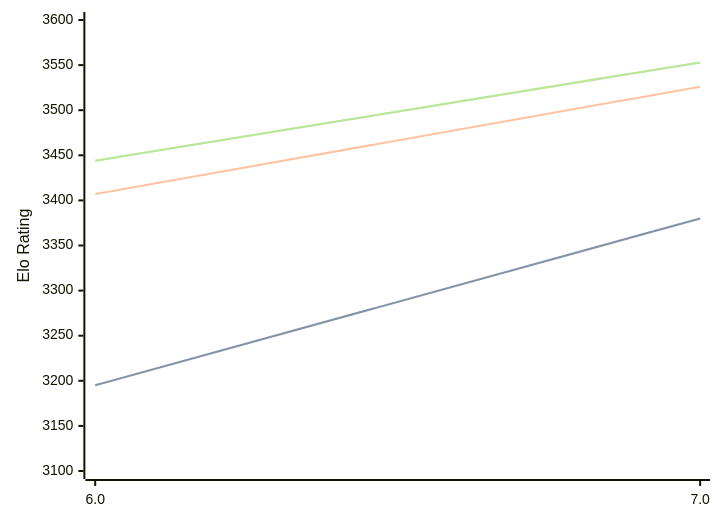
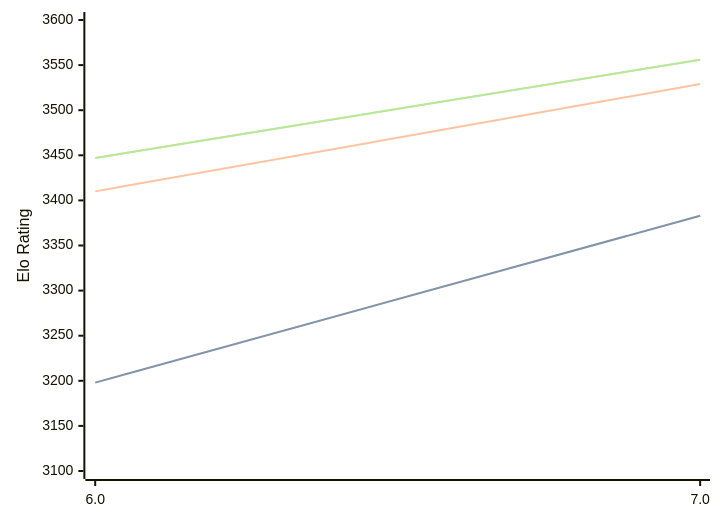
The diagram in engines/Devre.md (computer-chess-index/cci), drawn with Mermaid before and after one commit. The commit also changed other lines of this file, not shown here.

Commit message:
Update CCI Ratings (ELO VLTC) - 2026-09-24

````diff
--- a/engines/Devre.md
+++ b/engines/Devre.md
@@ -32,11 +32,11 @@
 ```mermaid
 %%{init: {"theme":"base","themeVariables":{"seriesColors:['#a3a3a3','#222221','#faa371']}}}%%
 xychart-beta
   x-axis ["6.0", "7.0"]
   y-axis "Elo Rating" 3100 --> 3600
-  line "" [3195, 3380]
-  line "STC (8.0+0.08s)" [3195, 3380]
-  line "LTC (60.0+0.60s)" [3407, 3526]
-  line "" [3444, 3553]
-  line "VLTC (2m24s+1.12s)" [3444, 3553]
+  line "" [3198, 3383]
+  line "STC (8.0+0.08s)" [3198, 3383]
+  line "LTC (60.0+0.60s)" [3410, 3529]
+  line "" [3447, 3556]
+  line "VLTC (2m24s+1.12s)" [3447, 3556]
 ```
````
